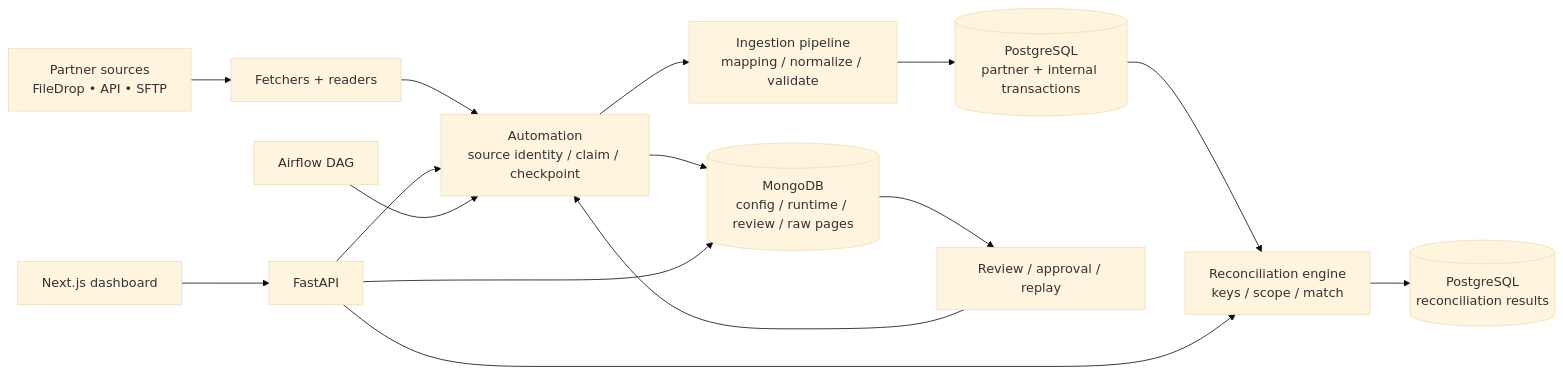
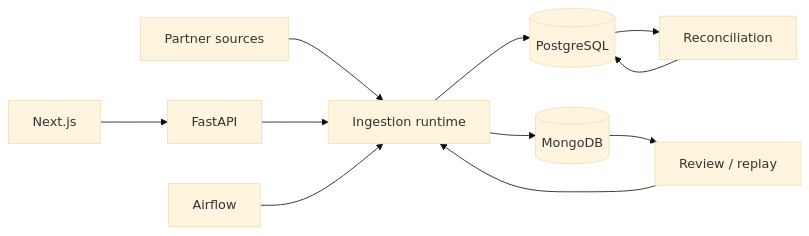
One commit to kuokdavinci/ReconciliationIngestionPlatform changed the first of 2 diagrams in README.md. Above: the diagram before and after it, drawn with Mermaid (base theme). The commit also changed other lines of this file and 3 other files, not shown here.

Commit message:
docs: simplify diagrams and clarify source of truth

````diff
--- a/README.md
+++ b/README.md
@@ -20,17 +20,13 @@
 ```mermaid
 flowchart LR
-    P[Partner sources\nFileDrop • API • SFTP] --> F[Fetchers + readers]
-    F --> A[Automation\nsource identity / claim / checkpoint]
-    A --> I[Ingestion pipeline\nmapping / normalize / validate]
-    I --> PG[(PostgreSQL\npartner + internal transactions)]
-    A --> M[(MongoDB\nconfig / runtime / review / raw pages)]
-    PG --> R[Reconciliation engine\nkeys / scope / match]
-    R --> PR[(PostgreSQL\nreconciliation results)]
-    API[FastAPI] --> A
-    API --> R
-    API --> M
-    AF[Airflow DAG] --> A
-    UI[Next.js dashboard] --> API
-    M --> RV[Review / approval / replay]
-    RV --> A
+    P[Partner sources] --> I[Ingestion runtime]
+    API[FastAPI] --> I
+    AF[Airflow] --> I
+    I --> PG[(PostgreSQL)]
+    I --> M[(MongoDB)]
+    PG --> R[Reconciliation]
+    R --> PG
+    UI[Next.js] --> API
+    M --> V[Review / replay]
+    V --> I
 ```
````
